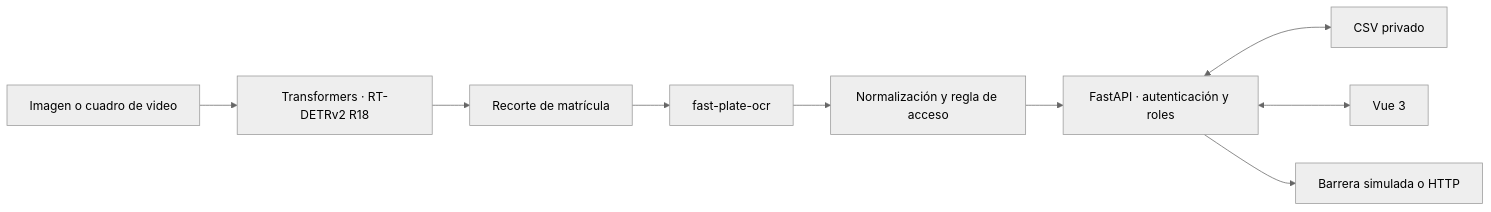
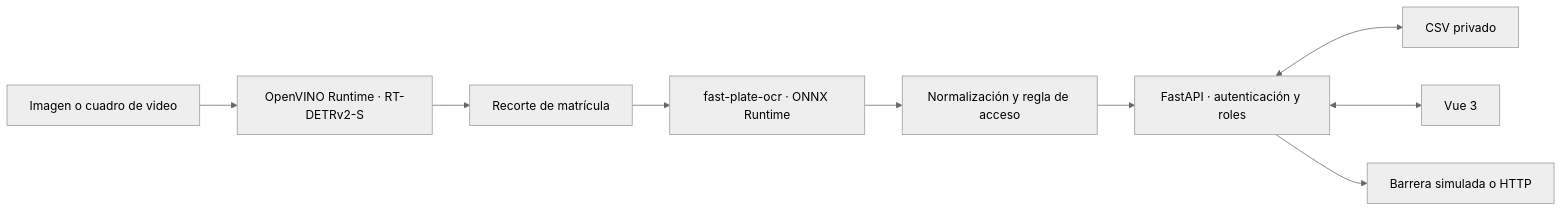
One commit to eduardoceballos666/SIRAP_USA_ECUADOR changed the diagram in docs/arquitectura.md. Above: the diagram before and after it, drawn with Mermaid (neutral theme). The commit also changed other lines of this file and 65 other files, not shown here.

Commit message:
Migrar inferencia RT-DETRv2-S a OpenVINO

````diff
--- a/docs/arquitectura.md
+++ b/docs/arquitectura.md
@@ -5,11 +5,11 @@
 ```mermaid
 flowchart LR
-    IMG[Imagen o cuadro de video] --> DET[Transformers · RT-DETRv2 R18]
+    IMG[Imagen o cuadro de video] --> DET[OpenVINO Runtime · RT-DETRv2-S]
     DET --> CROP[Recorte de matrícula]
-    CROP --> OCR[fast-plate-ocr]
+    CROP --> OCR[fast-plate-ocr · ONNX Runtime]
     OCR --> DEC[Normalización y regla de acceso]
     DEC --> API[FastAPI · autenticación y roles]
     API <--> CSV[CSV privado]
     API <--> UI[Vue 3]
     API --> BAR[Barrera simulada o HTTP]
 ```
````
